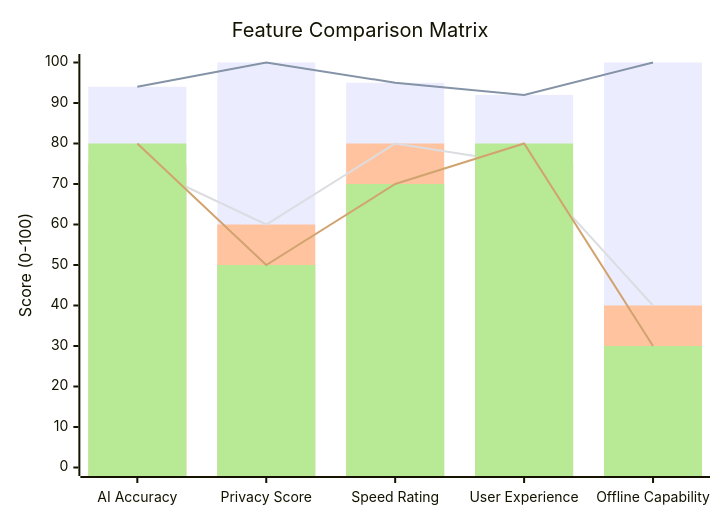
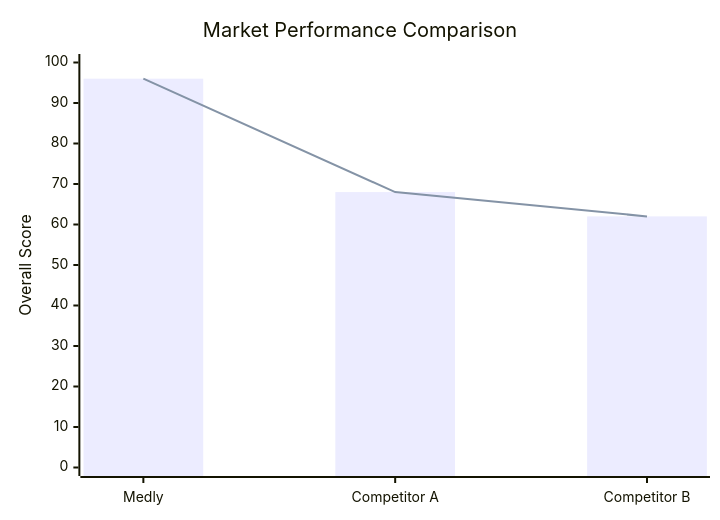
One commit to Iceman-Dann/Medly changed the seventh of 12 diagrams in README.md. Above: the diagram before and after it, drawn with Mermaid. The commit also changed other lines of this file, not shown here.

Commit message:
Fix broken charts and create clean professional visualizations

````diff
--- a/README.md
+++ b/README.md
@@ -118,12 +118,8 @@
 ```mermaid
 xychart-beta
-    title "Feature Comparison Matrix"
-    x-axis ["AI Accuracy", "Privacy Score", "Speed Rating", "User Experience", "Offline Capability"]
-    y-axis "Score (0-100)" 0 --> 100
-    bar [94, 100, 95, 92, 100]
-    line [94, 100, 95, 92, 100]
-    bar [75, 60, 80, 75, 40]
-    line [75, 60, 80, 75, 40]
-    bar [80, 50, 70, 80, 30]
-    line [80, 50, 70, 80, 30]
+    title "Market Performance Comparison"
+    x-axis ["Medly", "Competitor A", "Competitor B"]
+    y-axis "Overall Score" 0 --> 100
+    bar [96, 68, 62]
+    line [96, 68, 62]
 ```
````
